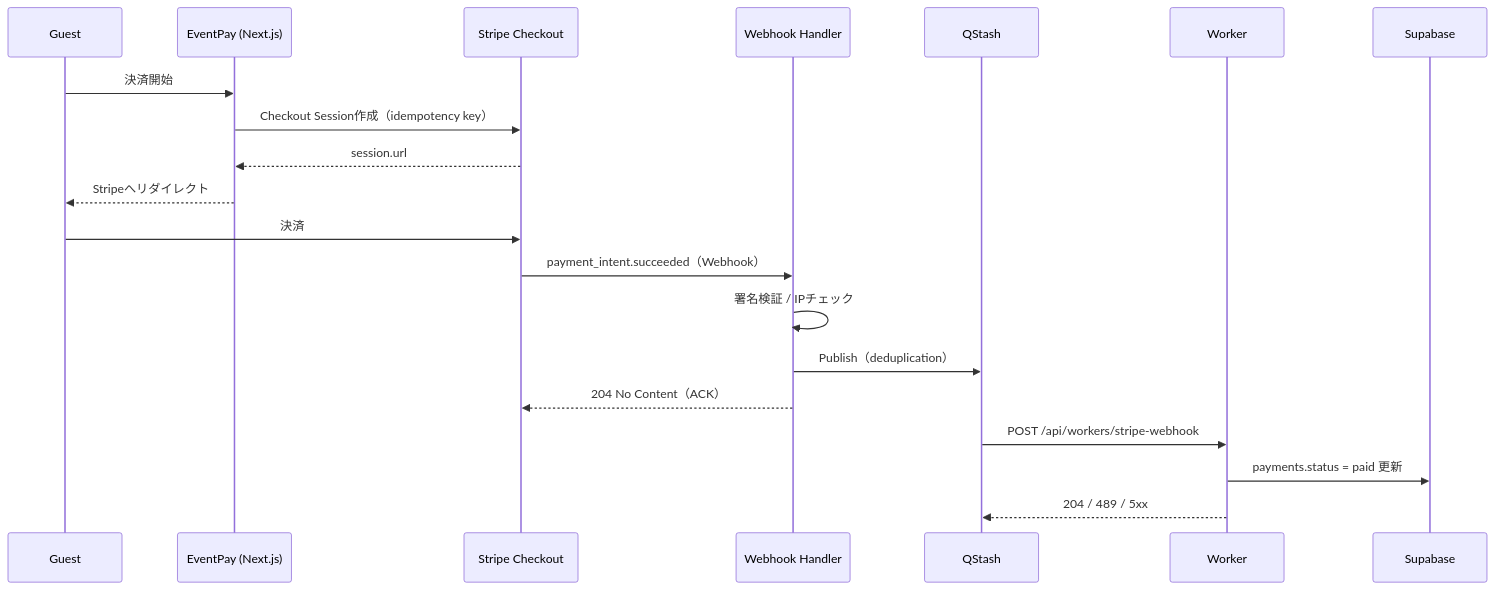
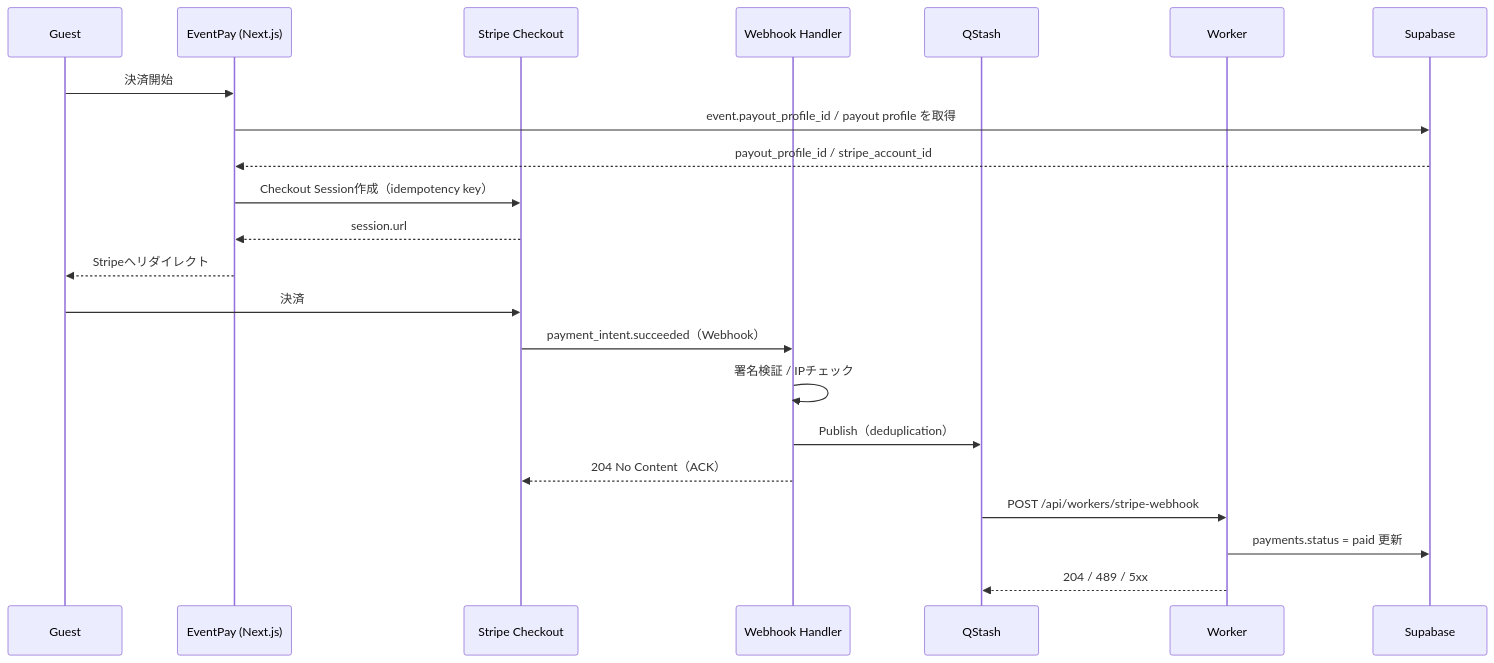
One commit to rytkhs/event-pay changed the diagram in docs/flows/online-payment.md. Above: the diagram before and after it, drawn with Mermaid. The commit also changed other lines of this file and 7 other files, not shown here.

````diff
--- a/docs/flows/online-payment.md
+++ b/docs/flows/online-payment.md
@@ -29,25 +31,27 @@
 ```mermaid
 sequenceDiagram
   participant G as Guest
   participant App as EventPay (Next.js)
   participant Stripe as Stripe Checkout
   participant WH as Webhook Handler
   participant Q as QStash
   participant W as Worker
   participant DB as Supabase
 
   G->>App: 決済開始
+  App->>DB: event.payout_profile_id / payout profile を取得
+  DB-->>App: payout_profile_id / stripe_account_id
   App->>Stripe: Checkout Session作成（idempotency key）
   Stripe-->>App: session.url
   App-->>G: Stripeへリダイレクト
 
   G->>Stripe: 決済
   Stripe->>WH: payment_intent.succeeded（Webhook）
   WH->>WH: 署名検証 / IPチェック
   WH->>Q: Publish（deduplication）
   WH-->>Stripe: 204 No Content（ACK）
 
   Q->>W: POST /api/workers/stripe-webhook
   W->>DB: payments.status = paid 更新
   W-->>Q: 204 / 489 / 5xx
 ```
````
